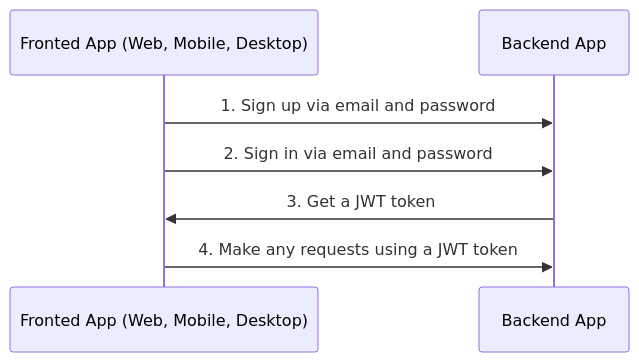
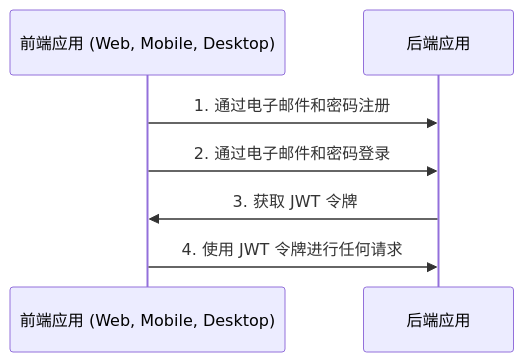
Before and after one commit to hankaibo/myhospital-nest: the first of 2 diagrams in docs/auth.md, drawn with Mermaid. The commit also changed other lines of this file and 31 other files, not shown here.

````diff
--- a/docs/auth.md
+++ b/docs/auth.md
@@ -28,10 +30,10 @@
 ```mermaid
 sequenceDiagram
-    participant A as Fronted App (Web, Mobile, Desktop)
-    participant B as Backend App
+    participant A as 前端应用 (Web, Mobile, Desktop)
+    participant B as 后端应用
 
-    A->>B: 1. Sign up via email and password
-    A->>B: 2. Sign in via email and password
-    B->>A: 3. Get a JWT token
-    A->>B: 4. Make any requests using a JWT token
+    A->>B: 1. 通过电子邮件和密码注册
+    A->>B: 2. 通过电子邮件和密码登录
+    B->>A: 3. 获取 JWT 令牌
+    A->>B: 4. 使用 JWT 令牌进行任何请求
 ```
````
